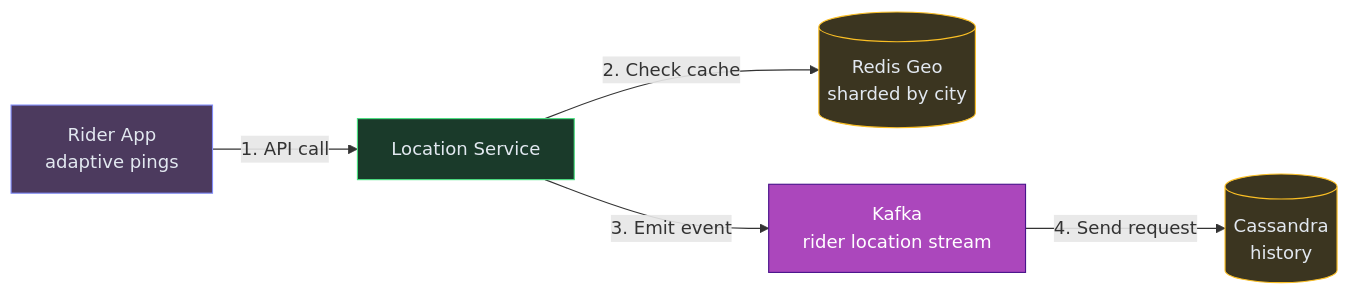
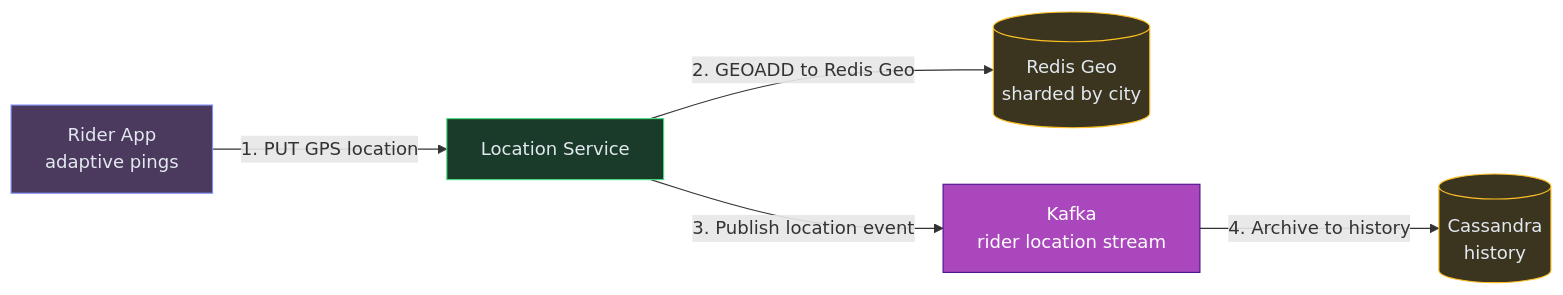
One commit to iluzn/HLD-Designs changed the fifth of 12 diagrams in content/hld/Zomato.md. Above: the diagram before and after it, drawn with Mermaid. The commit also changed other lines of this file and 27 other files, not shown here.

````diff
--- a/content/hld/Zomato.md
+++ b/content/hld/Zomato.md
@@ -319,18 +319,18 @@
 ```mermaid
 flowchart LR
     RIDER["Rider App<br/>adaptive pings"]:::client
     LOC["Location Service"]:::service
     GEO[("Redis Geo<br/>sharded by city")]:::data
     K["Kafka<br/>rider location stream"]:::async
     DW[("Cassandra<br/>history")]:::data
 
-    RIDER -->|"1. API call"| LOC
-    LOC -->|"2. Check cache"| GEO
-    LOC -->|"3. Emit event"| K
-    K -->|"4. Send request"| DW
+    RIDER -->|"1. PUT GPS location"| LOC
+    LOC -->|"2. GEOADD to Redis Geo"| GEO
+    LOC -->|"3. Publish location event"| K
+    K -->|"4. Archive to history"| DW
 
     classDef client fill:#4c3a5e,stroke:#818cf8,color:#e2e8f0
     classDef service fill:#1a3a2a,stroke:#4ade80,color:#e2e8f0
     classDef async fill:#AB47BC,stroke:#4A148C,color:#fff
     classDef data fill:#3b3520,stroke:#fbbf24,color:#e2e8f0
 ```
````
